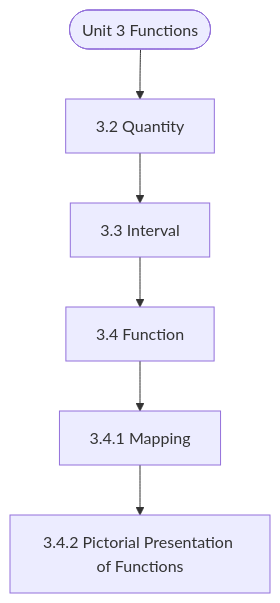
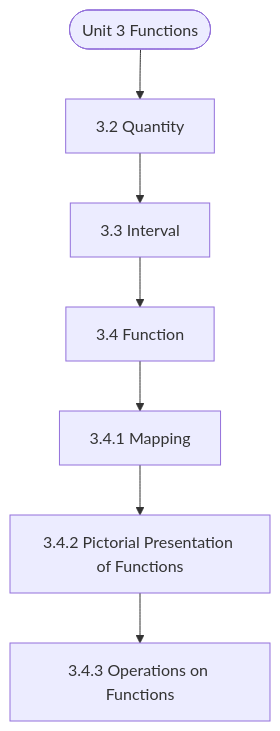
One commit to Asutosh-Coaching/mscdsa changed the diagram in notes/Semester_1/MCS-061_Mathematical_Foundations_-_I/unit_03_Functions.md. Above: the diagram before and after it, drawn with Mermaid. The commit also changed other lines of this file and 116 other files, not shown here.

````diff
--- a/notes/Semester_1/MCS-061_Mathematical_Foundations_-_I/unit_03_Functions.md
+++ b/notes/Semester_1/MCS-061_Mathematical_Foundations_-_I/unit_03_Functions.md
@@ -19,14 +19,16 @@
 ```mermaid
 flowchart TD
   Start(["Unit 3 Functions"])
   N1["3.2 Quantity"]
   N2["3.3 Interval"]
   N3["3.4 Function"]
   N4["3.4.1 Mapping"]
   N5["3.4.2 Pictorial Presentation of Functions"]
+  N6["3.4.3 Operations on Functions"]
   Start --> N1
   N1 --> N2
   N2 --> N3
   N3 --> N4
   N4 --> N5
+  N5 --> N6
 ```
````
